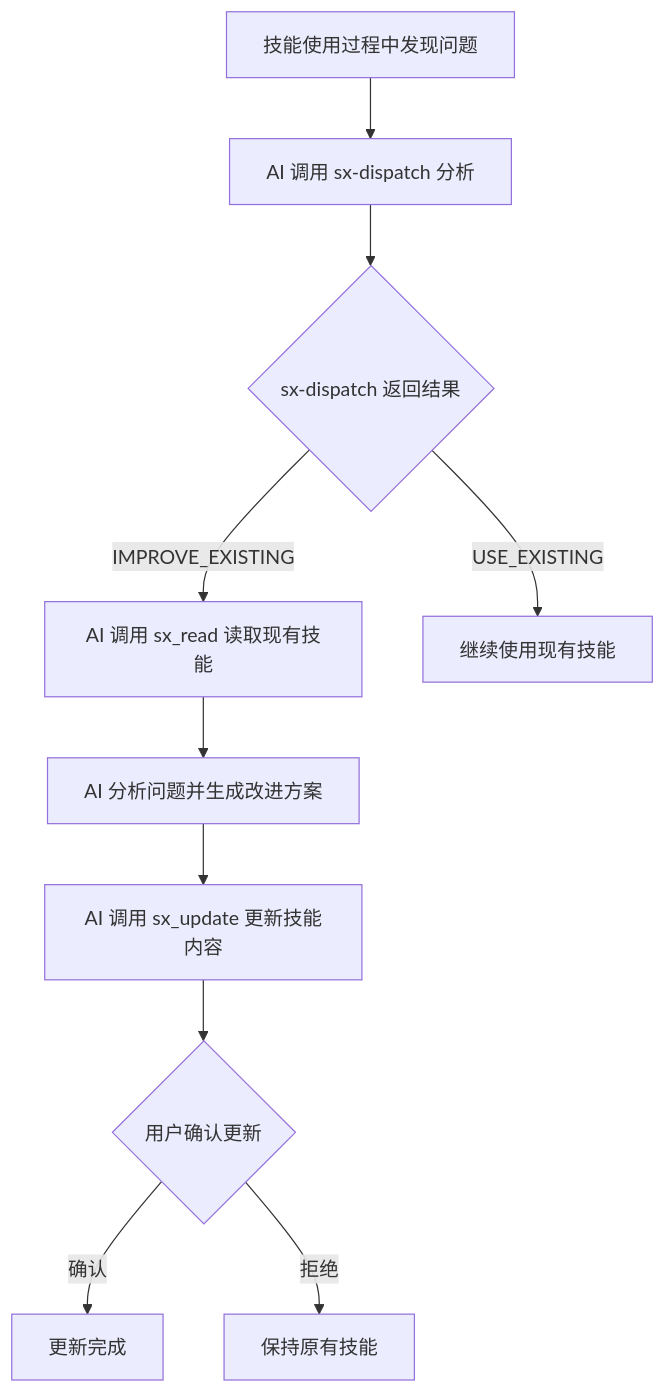
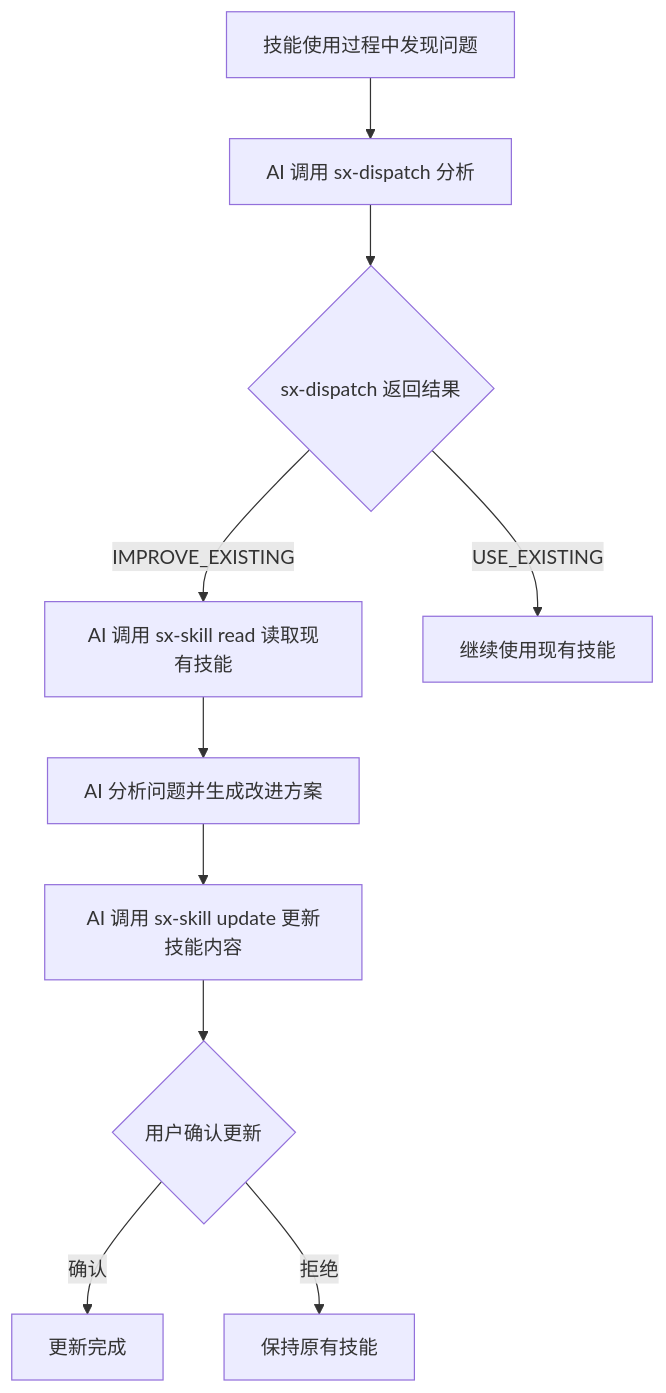
One commit to shetengteng/skillix-mcp changed the fifth of 6 diagrams in design/02-设计/20260111-03-自动创建与进化设计.md. Above: the diagram before and after it, drawn with Mermaid. The commit also changed other lines of this file, not shown here.

````diff
--- a/design/02-设计/20260111-03-自动创建与进化设计.md
+++ b/design/02-设计/20260111-03-自动创建与进化设计.md
@@ -294,12 +332,12 @@
 ```mermaid
 flowchart TD
     A[技能使用过程中发现问题] --> B[AI 调用 sx-dispatch 分析]
     B --> C{sx-dispatch 返回结果}
-    C -->|IMPROVE_EXISTING| D[AI 调用 sx_read 读取现有技能]
+    C -->|IMPROVE_EXISTING| D[AI 调用 sx-skill read 读取现有技能]
     D --> E[AI 分析问题并生成改进方案]
-    E --> F[AI 调用 sx_update 更新技能内容]
+    E --> F[AI 调用 sx-skill update 更新技能内容]
     F --> G{用户确认更新}
     G -->|确认| H[更新完成]
     G -->|拒绝| I[保持原有技能]
     C -->|USE_EXISTING| J[继续使用现有技能]
 ```
````
